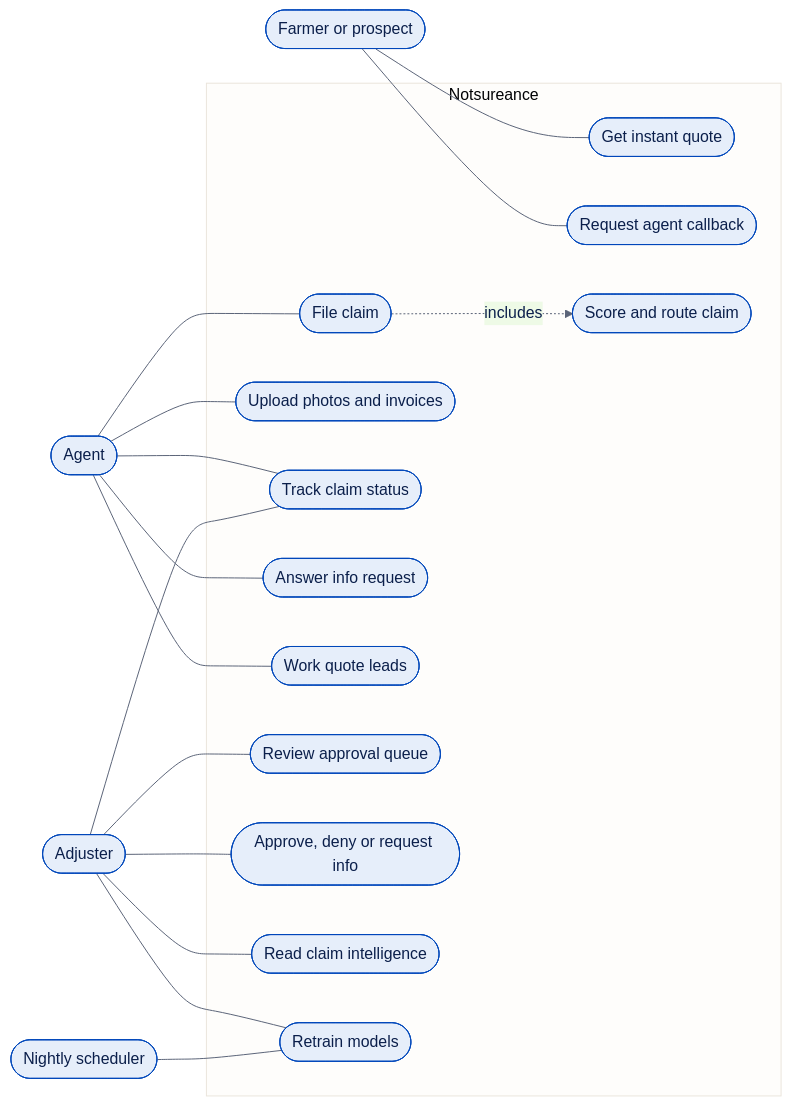
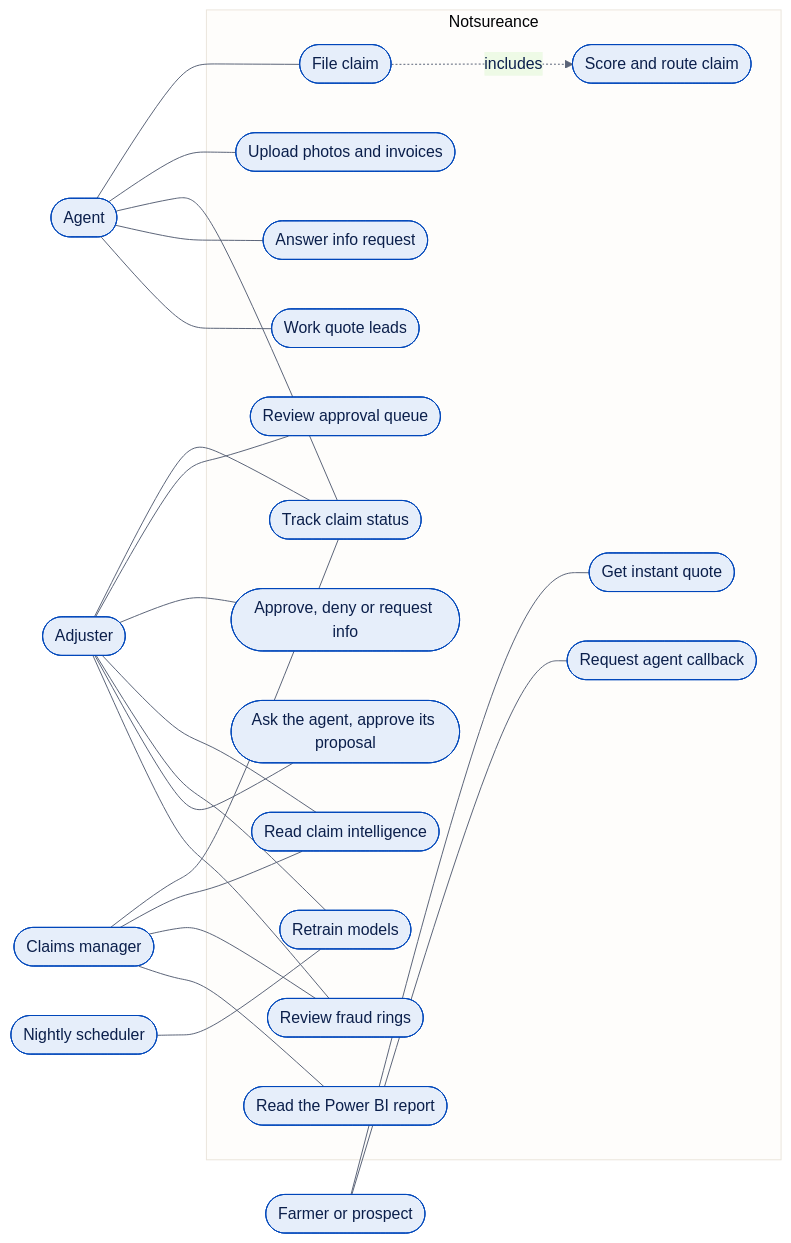
Before and after one commit to patilrajvardhan27/Notsureance: the second of 4 diagrams in README.md, drawn with Mermaid. The commit also changed other lines of this file and 2 other files, not shown here.

Commit message:
Updated the README and docs for Entra sign-in, the claims agent, the fraud graph and the Power BI report

````diff
--- a/README.md
+++ b/README.md
@@ -79,27 +85,32 @@
 ```mermaid
 %%{init: {'theme':'base','themeVariables':{'primaryColor':'#E6EEFA','primaryBorderColor':'#0047BB','primaryTextColor':'#0B1F4B','lineColor':'#5B6478','fontFamily':'Source Sans 3, Arial'}}}%%
 flowchart LR
   Agent(["Agent"])
   Adjuster(["Adjuster"])
+  Manager(["Claims manager"])
   Prospect(["Farmer or prospect"])
   System(["Nightly scheduler"])
   subgraph App["Notsureance"]
     UC1(["File claim"])
     UC2(["Upload photos and invoices"])
     UC3(["Track claim status"])
     UC4(["Answer info request"])
     UC5(["Work quote leads"])
     UC6(["Review approval queue"])
     UC7(["Approve, deny or request info"])
     UC8(["Read claim intelligence"])
     UC9(["Retrain models"])
     UC10(["Get instant quote"])
     UC11(["Request agent callback"])
+    UC12(["Ask the agent, approve its proposal"])
+    UC13(["Review fraud rings"])
+    UC14(["Read the Power BI report"])
     S(["Score and route claim"])
   end
   Agent --- UC1 & UC2 & UC3 & UC4 & UC5
-  Adjuster --- UC3 & UC6 & UC7 & UC8 & UC9
+  Adjuster --- UC3 & UC6 & UC7 & UC8 & UC9 & UC12 & UC13
+  Manager --- UC3 & UC8 & UC13 & UC14
   Prospect --- UC10 & UC11
   System --- UC9
   UC1 -. includes .-> S
 ```
````
